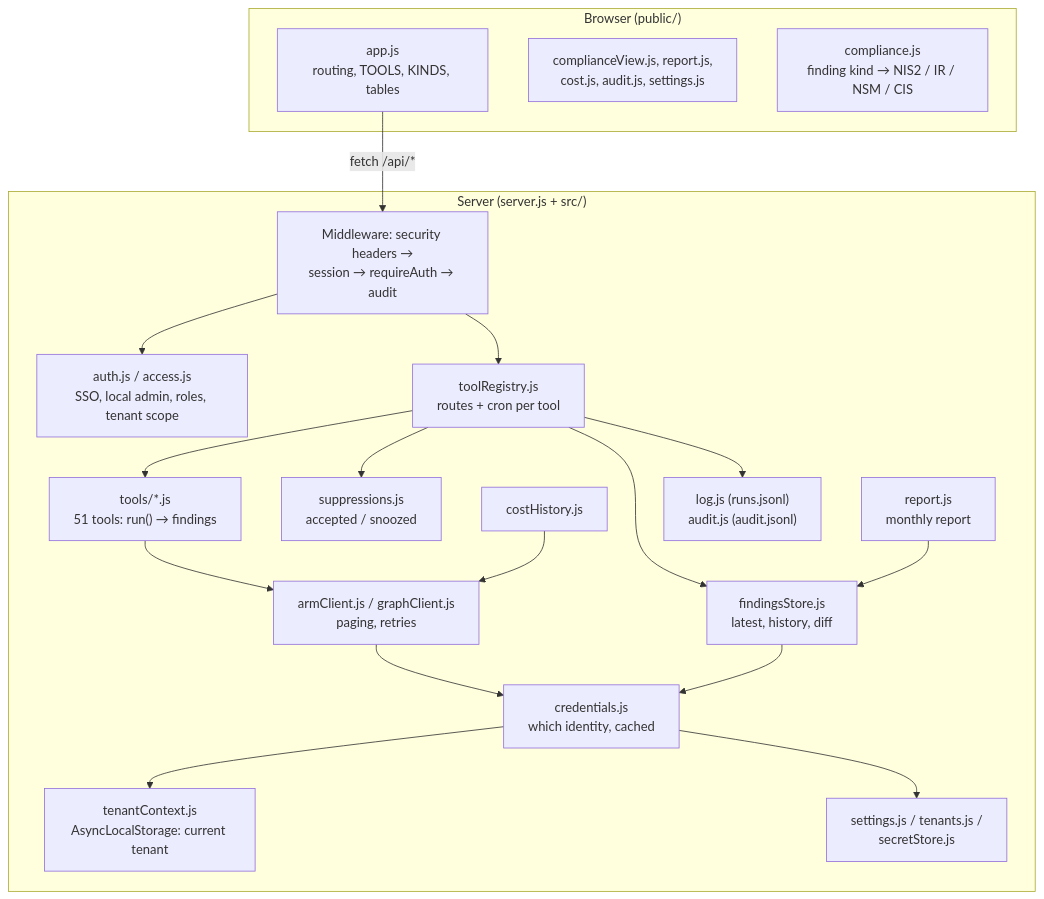
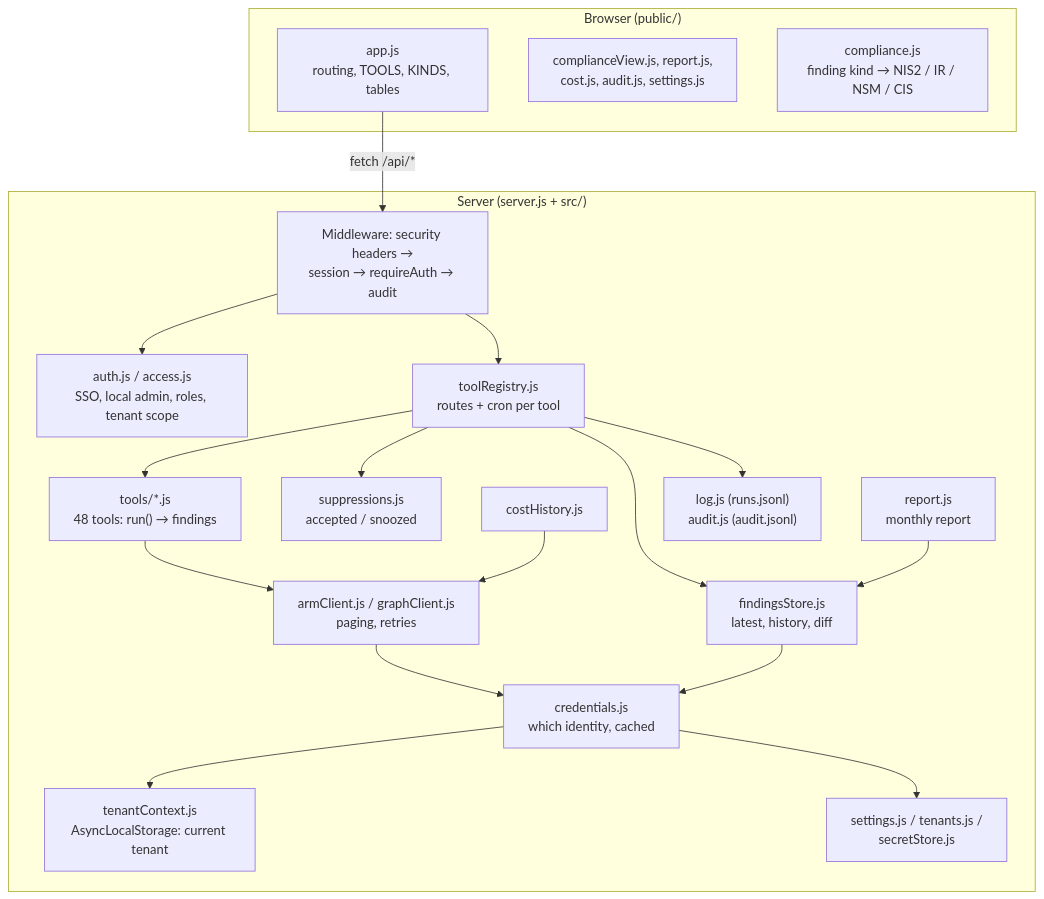
The diagram in docs/diagrams/arch-inside-app.mmd (Gooseankles/cirrus-watch), drawn with Mermaid before and after one commit. The commit also changed 24 other files, not shown here.

```diff
--- a/docs/diagrams/arch-inside-app.mmd
+++ b/docs/diagrams/arch-inside-app.mmd
@@ -1,35 +1,35 @@
 flowchart TB
   subgraph browser["Browser (public/)"]
     appjs["app.js<br/>routing, TOOLS, KINDS, tables"]
     views["complianceView.js, report.js,<br/>cost.js, audit.js, settings.js"]
     comp["compliance.js<br/>finding kind → NIS2 / IR / NSM / CIS"]
   end
   subgraph server["Server (server.js + src/)"]
     mw["Middleware: security headers →<br/>session → requireAuth → audit"]
     auth["auth.js / access.js<br/>SSO, local admin, roles, tenant scope"]
     reg["toolRegistry.js<br/>routes + cron per tool"]
-    tools["tools/*.js<br/>51 tools: run() → findings"]
+    tools["tools/*.js<br/>48 tools: run() → findings"]
     clients["armClient.js / graphClient.js<br/>paging, retries"]
     cred["credentials.js<br/>which identity, cached"]
     ctx["tenantContext.js<br/>AsyncLocalStorage: current tenant"]
     store["findingsStore.js<br/>latest, history, diff"]
     supp["suppressions.js<br/>accepted / snoozed"]
     cost["costHistory.js"]
     rep["report.js<br/>monthly report"]
     cfg["settings.js / tenants.js /<br/>secretStore.js"]
     logs["log.js (runs.jsonl)<br/>audit.js (audit.jsonl)"]
   end
   appjs -- "fetch /api/*" --> mw
   mw --> auth
   mw --> reg
   reg --> tools
   tools --> clients
   clients --> cred
   cred --> ctx
   cred --> cfg
   reg --> store
   reg --> supp
   reg --> logs
   rep --> store
   cost --> clients
   store --> cred
```
